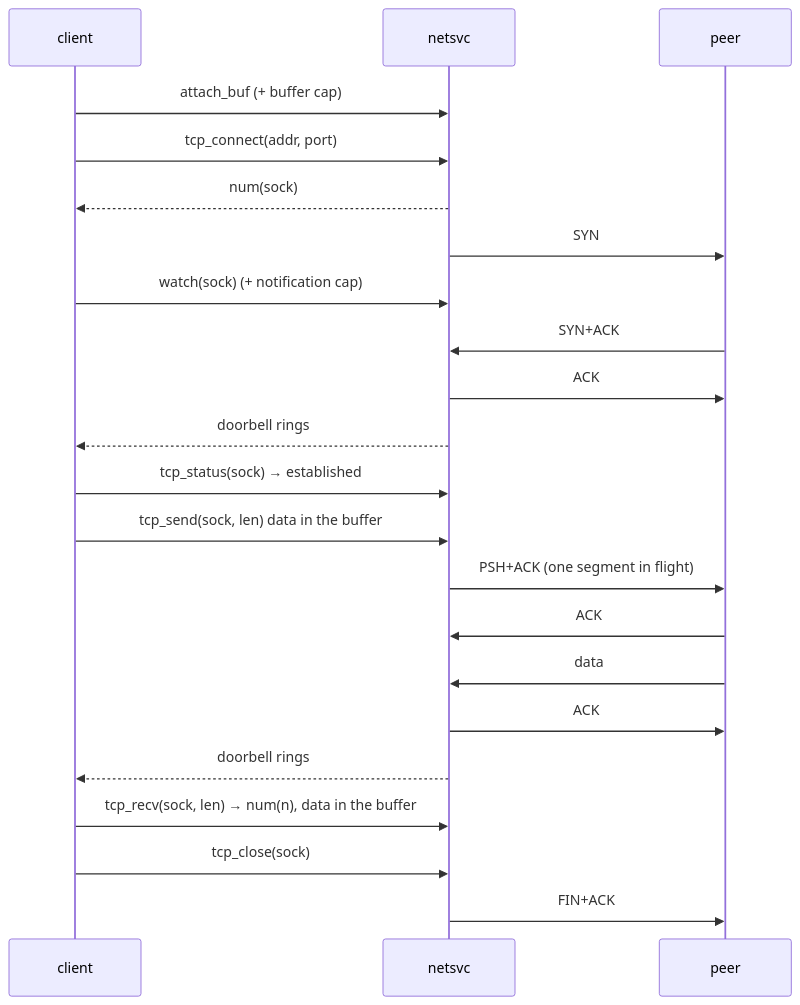
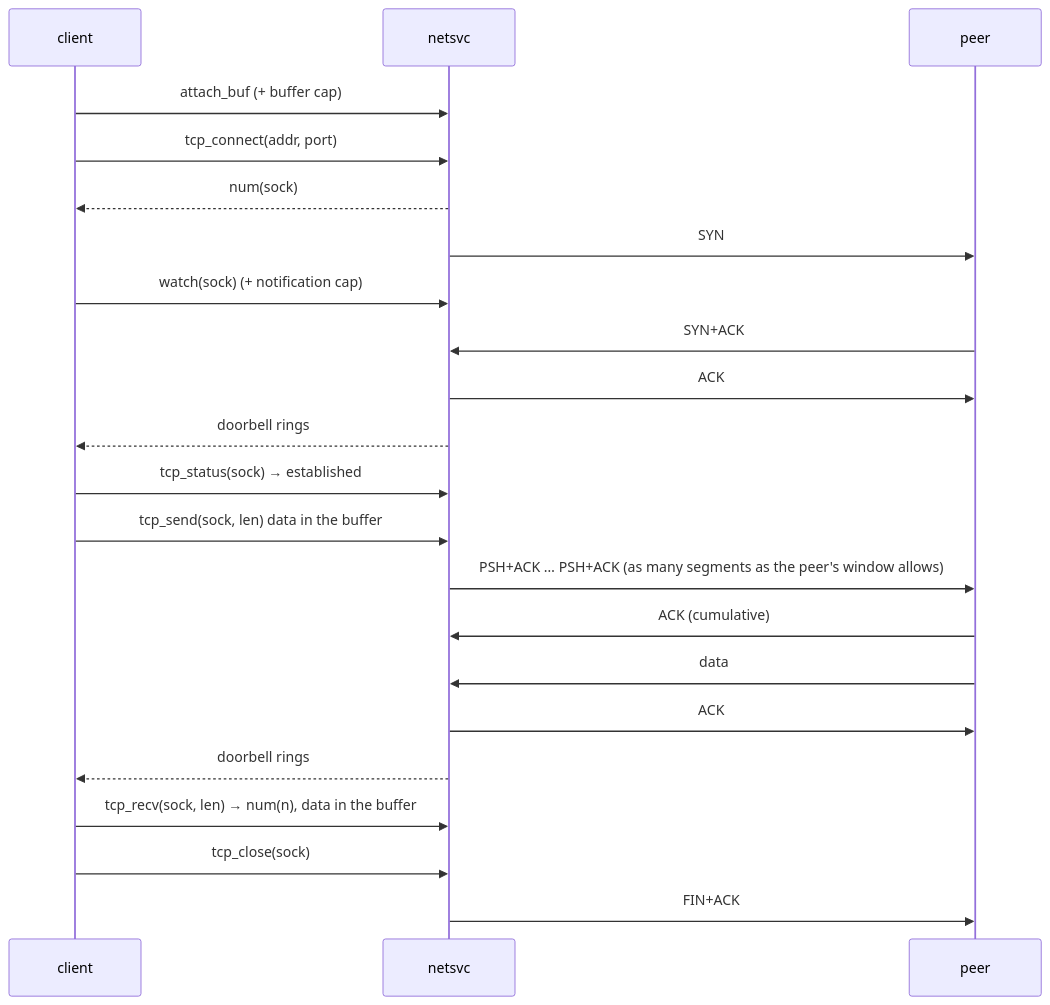
Before and after one commit to mylanconnolly/moss: the third of 4 diagrams in docs/networking.md, drawn with Mermaid. The commit also changed other lines of this file and 6 other files, not shown here.

````diff
--- a/docs/networking.md
+++ b/docs/networking.md
@@ -103,24 +103,24 @@
 ```mermaid
 sequenceDiagram
   participant C as client
   participant N as netsvc
   participant P as peer
   C->>N: attach_buf (+ buffer cap)
   C->>N: tcp_connect(addr, port)
   N-->>C: num(sock)
   N->>P: SYN
   C->>N: watch(sock) (+ notification cap)
   P->>N: SYN+ACK
   N->>P: ACK
   N-->>C: doorbell rings
   C->>N: tcp_status(sock) → established
   C->>N: tcp_send(sock, len) data in the buffer
-  N->>P: PSH+ACK (one segment in flight)
-  P->>N: ACK
+  N->>P: PSH+ACK … PSH+ACK (as many segments as the peer's window allows)
+  P->>N: ACK (cumulative)
   P->>N: data
   N->>P: ACK
   N-->>C: doorbell rings
   C->>N: tcp_recv(sock, len) → num(n), data in the buffer
   C->>N: tcp_close(sock)
   N->>P: FIN+ACK
 ```
````
